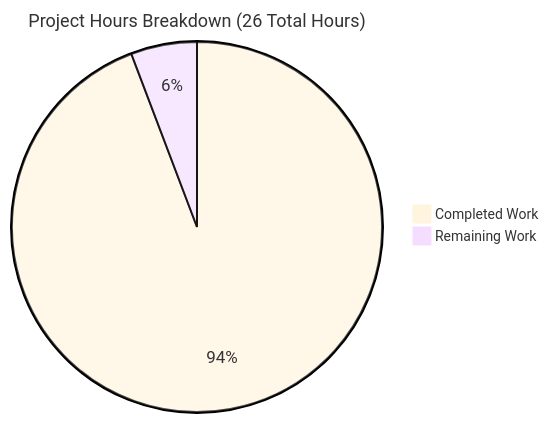
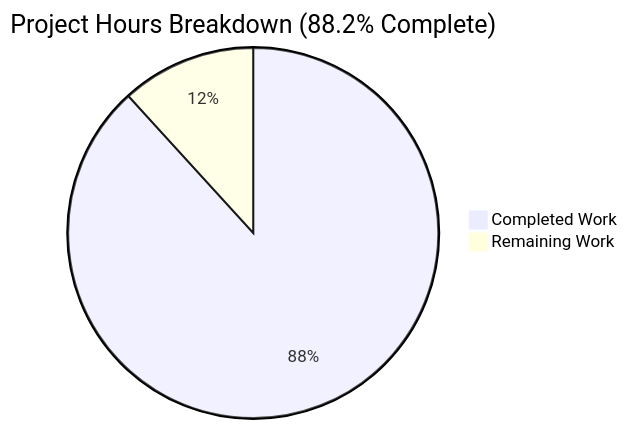
Before and after one commit to sudhanshu-spec/test-spec: the first of 2 diagrams in blitzy/documentation/Project Guide.md, drawn with Mermaid. The commit also changed other lines of this file, not shown here.

Commit message:
Adding Blitzy Project Guide: Project Status and Human Tasks Remaining

````diff
--- a/blitzy/documentation/Project Guide.md
+++ b/blitzy/documentation/Project Guide.md
@@ -144,6 +85,5 @@
 ```mermaid
-%%{init: {'theme':'base', 'themeVariables': { 'pieTitleTextSize': '18px', 'pieLegendTextSize': '14px'}}}%%
-pie title Project Hours Breakdown (26 Total Hours)
-    "Completed Work" : 24.5
-    "Remaining Work" : 1.5
+pie title Project Hours Breakdown (88.2% Complete)
+    "Completed Work" : 75
+    "Remaining Work" : 10
 ```
````
